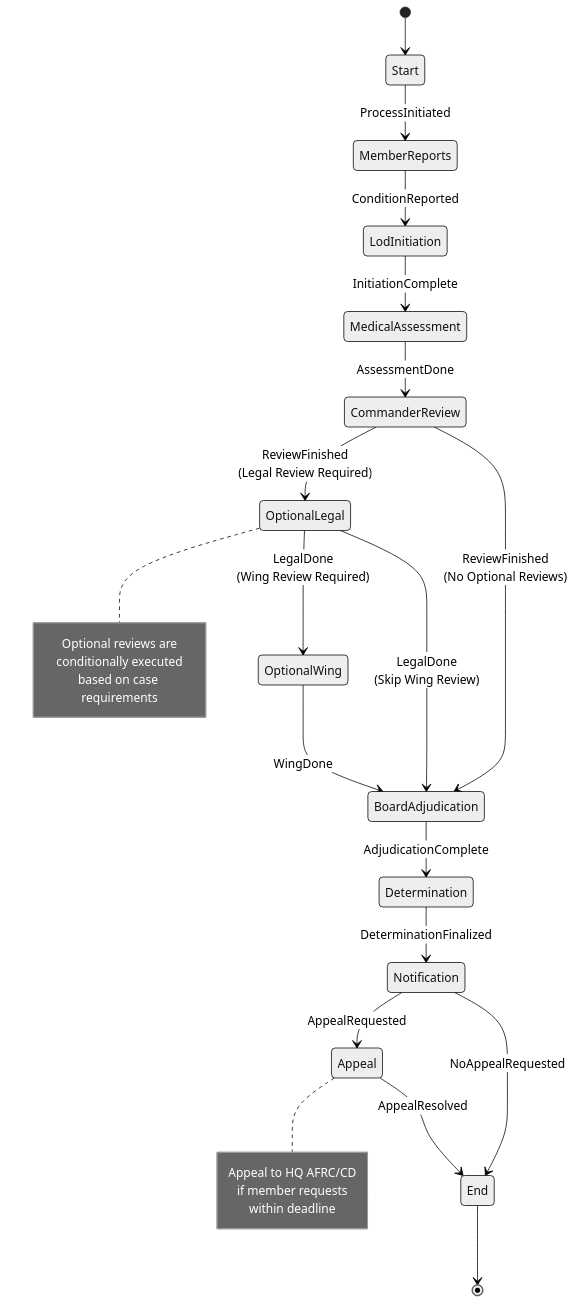
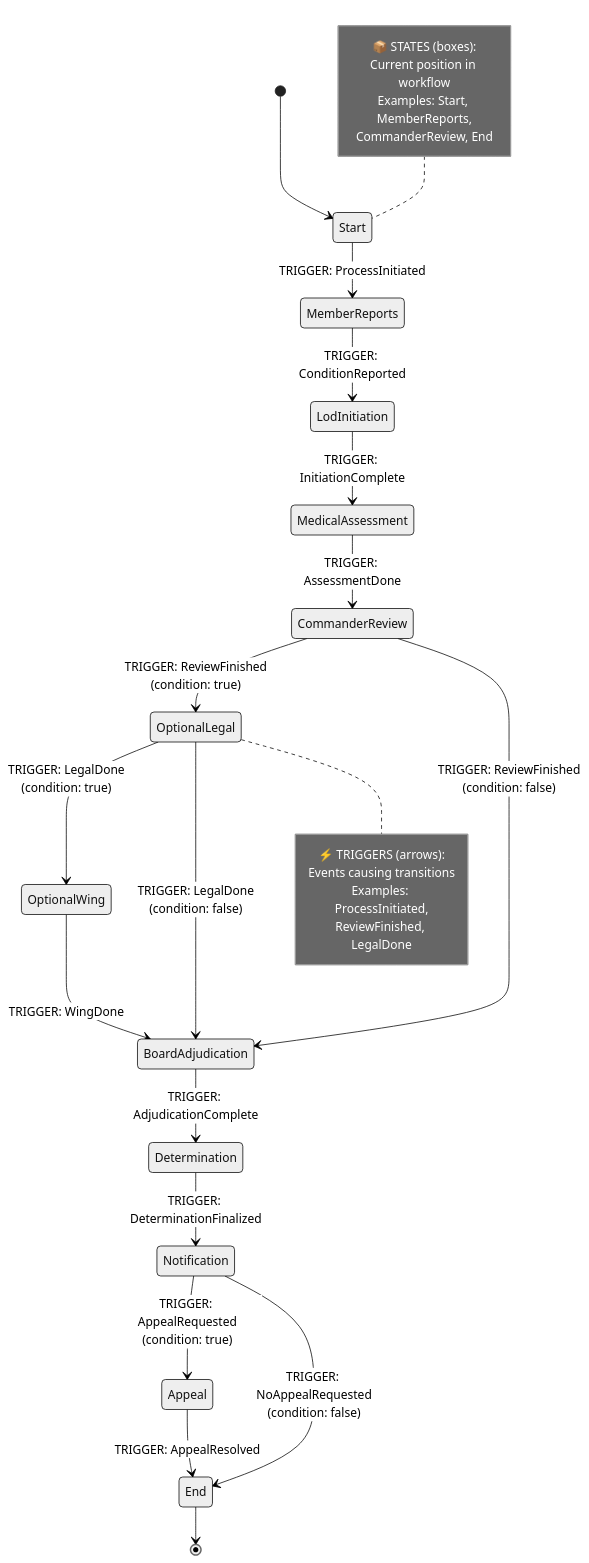
Before and after one commit to donellmccoy/StateMachineExperiments: the diagram in README.md, drawn with Mermaid (neutral theme). The commit also changed other lines of this file, not shown here.

Commit message:
Add clear labels for States and Triggers in Mermaid diagram

````diff
--- a/README.md
+++ b/README.md
@@ -24,33 +25,33 @@
 ```mermaid
 stateDiagram-v2
     [*] --> Start
-    Start --> MemberReports: ProcessInitiated
-    MemberReports --> LodInitiation: ConditionReported
-    LodInitiation --> MedicalAssessment: InitiationComplete
-    MedicalAssessment --> CommanderReview: AssessmentDone
+    Start --> MemberReports: TRIGGER: ProcessInitiated
+    MemberReports --> LodInitiation: TRIGGER: ConditionReported
+    LodInitiation --> MedicalAssessment: TRIGGER: InitiationComplete
+    MedicalAssessment --> CommanderReview: TRIGGER: AssessmentDone
     
-    CommanderReview --> OptionalLegal: ReviewFinished<br/>(Legal Review Required)
-    CommanderReview --> BoardAdjudication: ReviewFinished<br/>(No Optional Reviews)
+    CommanderReview --> OptionalLegal: TRIGGER: ReviewFinished<br/>(condition: true)
+    CommanderReview --> BoardAdjudication: TRIGGER: ReviewFinished<br/>(condition: false)
     
-    OptionalLegal --> OptionalWing: LegalDone<br/>(Wing Review Required)
-    OptionalLegal --> BoardAdjudication: LegalDone<br/>(Skip Wing Review)
+    OptionalLegal --> OptionalWing: TRIGGER: LegalDone<br/>(condition: true)
+    OptionalLegal --> BoardAdjudication: TRIGGER: LegalDone<br/>(condition: false)
     
-    OptionalWing --> BoardAdjudication: WingDone
+    OptionalWing --> BoardAdjudication: TRIGGER: WingDone
     
-    BoardAdjudication --> Determination: AdjudicationComplete
-    Determination --> Notification: DeterminationFinalized
+    BoardAdjudication --> Determination: TRIGGER: AdjudicationComplete
+    Determination --> Notification: TRIGGER: DeterminationFinalized
     
-    Notification --> Appeal: AppealRequested
-    Notification --> End: NoAppealRequested
+    Notification --> Appeal: TRIGGER: AppealRequested<br/>(condition: true)
+    Notification --> End: TRIGGER: NoAppealRequested<br/>(condition: false)
     
-    Appeal --> End: AppealResolved
+    Appeal --> End: TRIGGER: AppealResolved
     End --> [*]
     
-    note right of OptionalLegal
-        Optional reviews are<br/>conditionally executed<br/>based on case requirements
+    note left of Start
+        📦 STATES (boxes):<br/>Current position in workflow<br/>Examples: Start, MemberReports,<br/>CommanderReview, End
     end note
     
-    note right of Appeal
-        Appeal to HQ AFRC/CD<br/>if member requests<br/>within deadline
+    note right of OptionalLegal
+        ⚡ TRIGGERS (arrows):<br/>Events causing transitions<br/>Examples: ProcessInitiated,<br/>ReviewFinished, LegalDone
     end note
 ```
````
